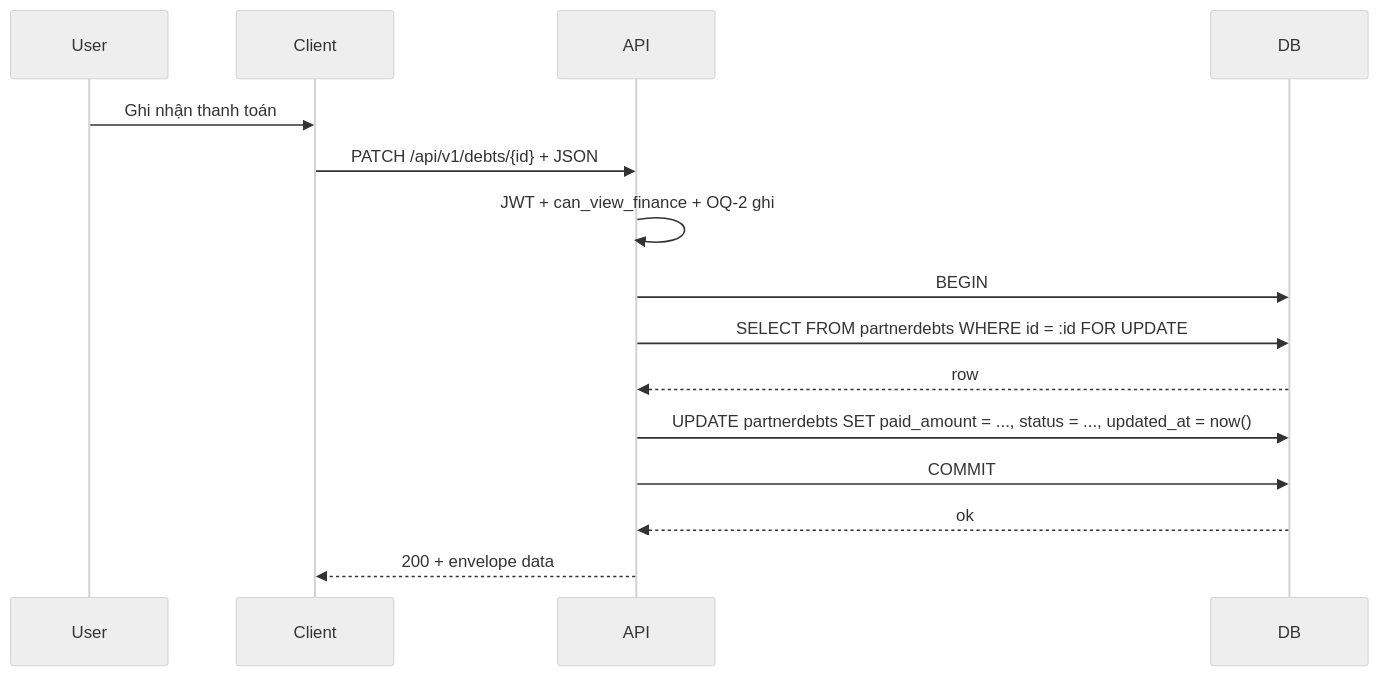
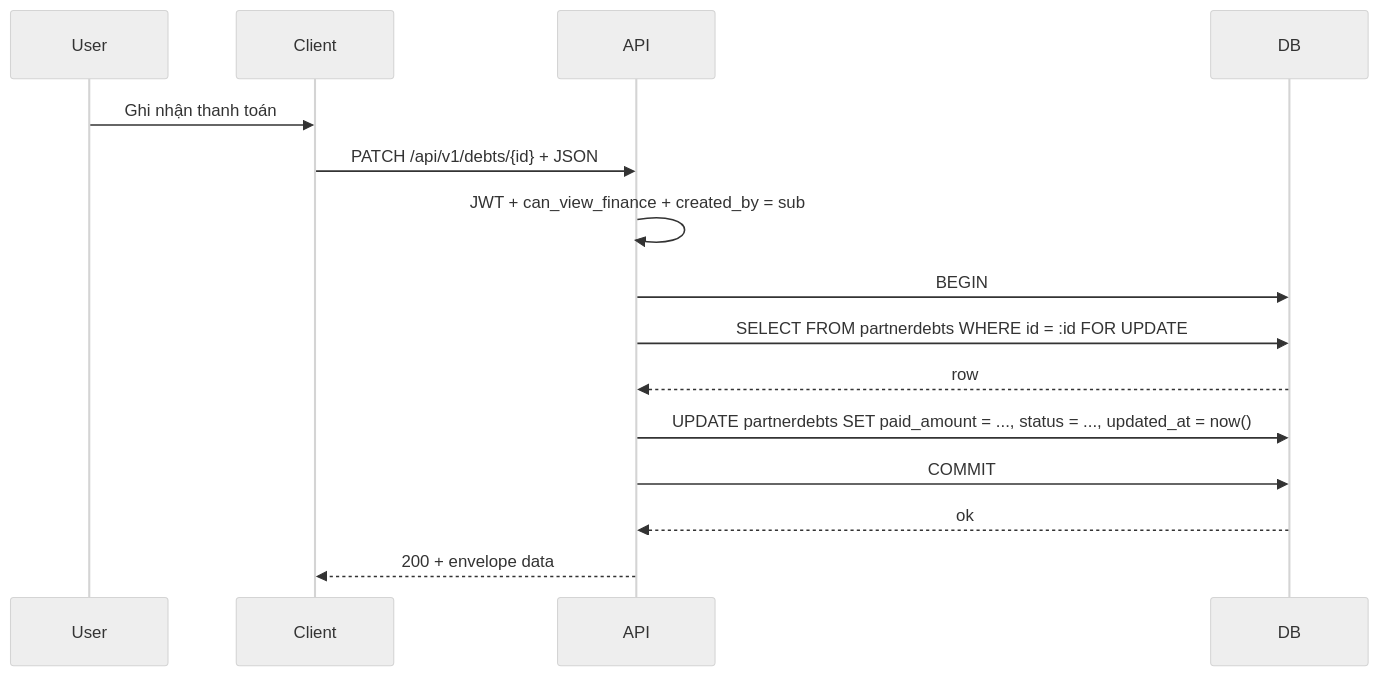
One commit to datqn123/Smart-ERP changed the diagram in backend/docs/srs/SRS_Task069-072_debts-api.md. Above: the diagram before and after it, drawn with Mermaid (neutral theme). The commit also changed other lines of this file and 47 other files, not shown here.

````diff
--- a/backend/docs/srs/SRS_Task069-072_debts-api.md
+++ b/backend/docs/srs/SRS_Task069-072_debts-api.md
@@ -156,17 +157,17 @@
 ```mermaid
 sequenceDiagram
   participant U as User
   participant C as Client
   participant A as API
   participant D as DB
   U->>C: Ghi nhận thanh toán
   C->>A: PATCH /api/v1/debts/{id} + JSON
-  A->>A: JWT + can_view_finance + OQ-2 ghi
+  A->>A: JWT + can_view_finance + created_by = sub
   A->>D: BEGIN
   A->>D: SELECT FROM partnerdebts WHERE id = :id FOR UPDATE
   D-->>A: row
   A->>D: UPDATE partnerdebts SET paid_amount = ..., status = ..., updated_at = now()
   A->>D: COMMIT
   D-->>A: ok
   A-->>C: 200 + envelope data
 ```
````
